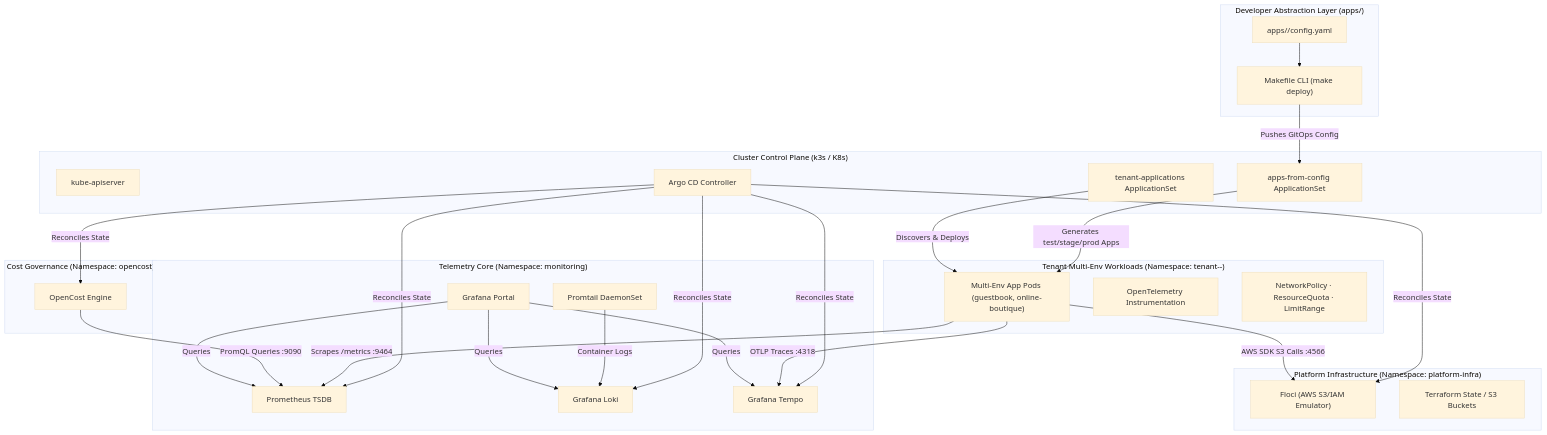
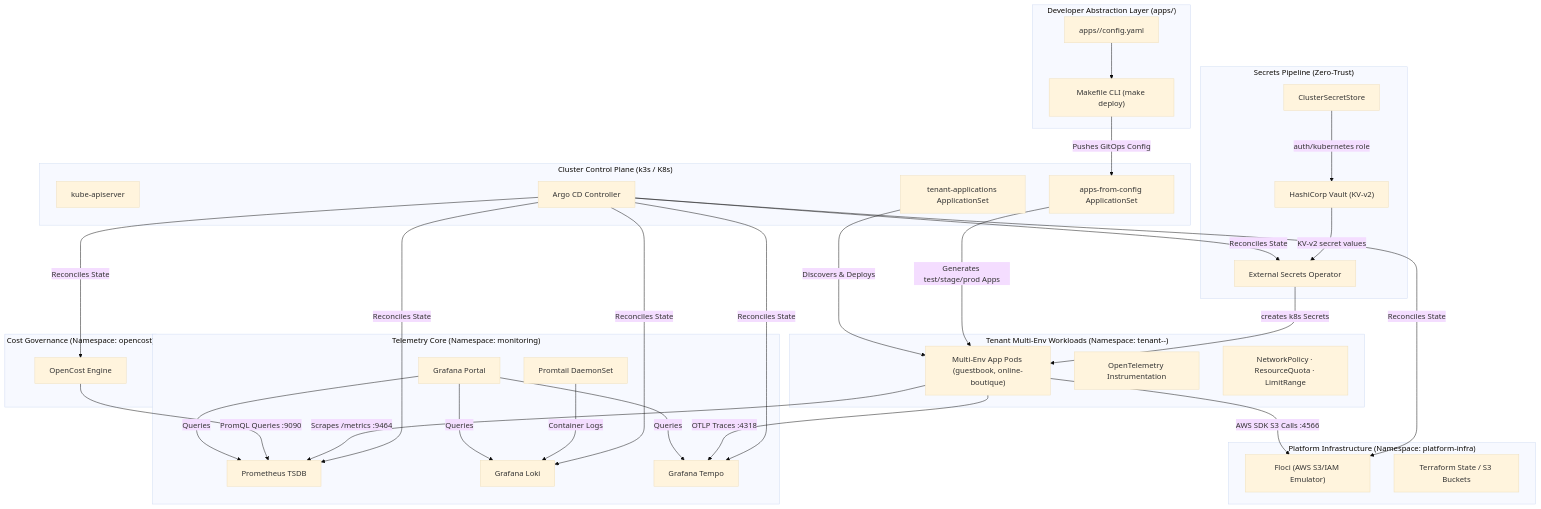
The first of 5 diagrams in docs/docs/architecture.md (barbaria888/FrugalZeus), drawn with Mermaid (base theme) before and after one commit. The commit also changed other lines of this file and 14 other files, not shown here.

````diff
--- a/docs/docs/architecture.md
+++ b/docs/docs/architecture.md
@@ -11,60 +11,72 @@
 ```mermaid
 graph TB
+    subgraph "Secrets Pipeline (Zero-Trust)"
+        Vault["HashiCorp Vault (KV-v2)"]
+        ESO["External Secrets Operator"]
+        CSS["ClusterSecretStore"]
+    end
+
     subgraph "Developer Abstraction Layer (apps/)"
         DevConfig["apps/<name>/config.yaml"]
         MakeCLI["Makefile CLI (make deploy)"]
     end
 
     subgraph "Cluster Control Plane (k3s / K8s)"
         API["kube-apiserver"]
         ArgoCD["Argo CD Controller"]
         MatrixAppSet["apps-from-config ApplicationSet"]
         TenantAppSet["tenant-applications ApplicationSet"]
     end
 
     subgraph "Platform Infrastructure (Namespace: platform-infra)"
         Floci["Floci (AWS S3/IAM Emulator)"]
         TF["Terraform State / S3 Buckets"]
     end
 
     subgraph "Telemetry Core (Namespace: monitoring)"
         Prom["Prometheus TSDB"]
         Loki["Grafana Loki"]
         Tempo["Grafana Tempo"]
         Grafana["Grafana Portal"]
         Promtail["Promtail DaemonSet"]
     end
 
     subgraph "Cost Governance (Namespace: opencost)"
         OpenCost["OpenCost Engine"]
     end
 
     subgraph "Tenant Multi-Env Workloads (Namespace: tenant-<app>-<env>)"
         Workload["Multi-Env App Pods (guestbook, online-boutique)"]
         OTel["OpenTelemetry Instrumentation"]
         Guardrails["NetworkPolicy · ResourceQuota · LimitRange"]
     end
 
+    %% Secrets flow
+    Vault -->|"KV-v2 secret values"| ESO
+    CSS -->|"auth/kubernetes role"| Vault
+    ESO -->|"creates k8s Secrets"| Workload
+    ArgoCD -->|"Reconciles State"| ESO
+
     %% Developer Flow
     DevConfig --> MakeCLI
     MakeCLI -->|"Pushes GitOps Config"| MatrixAppSet
 
     %% State Management
     ArgoCD -->|"Reconciles State"| Floci
     ArgoCD -->|"Reconciles State"| Prom
     ArgoCD -->|"Reconciles State"| Loki
     ArgoCD -->|"Reconciles State"| Tempo
     ArgoCD -->|"Reconciles State"| OpenCost
     MatrixAppSet -->|"Generates test/stage/prod Apps"| Workload
     TenantAppSet -->|"Discovers & Deploys"| Workload
 
     %% Telemetry & Data Flow
     Workload -->|"OTLP Traces :4318"| Tempo
     Workload -->|"Scrapes /metrics :9464"| Prom
     Promtail -->|"Container Logs"| Loki
     OpenCost -->|"PromQL Queries :9090"| Prom
     Grafana -->|"Queries"| Prom & Loki & Tempo
 
     %% Local Emulation
     Workload -->|"AWS SDK S3 Calls :4566"| Floci
 ```
````
